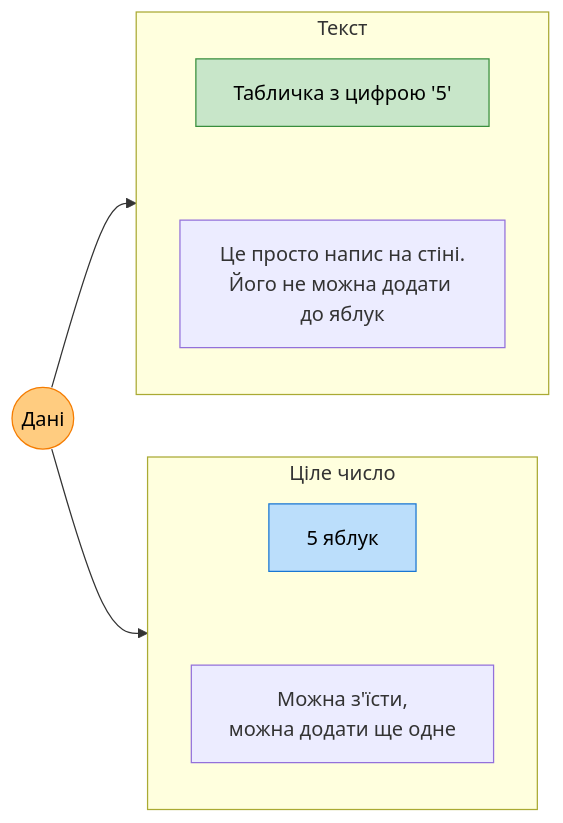
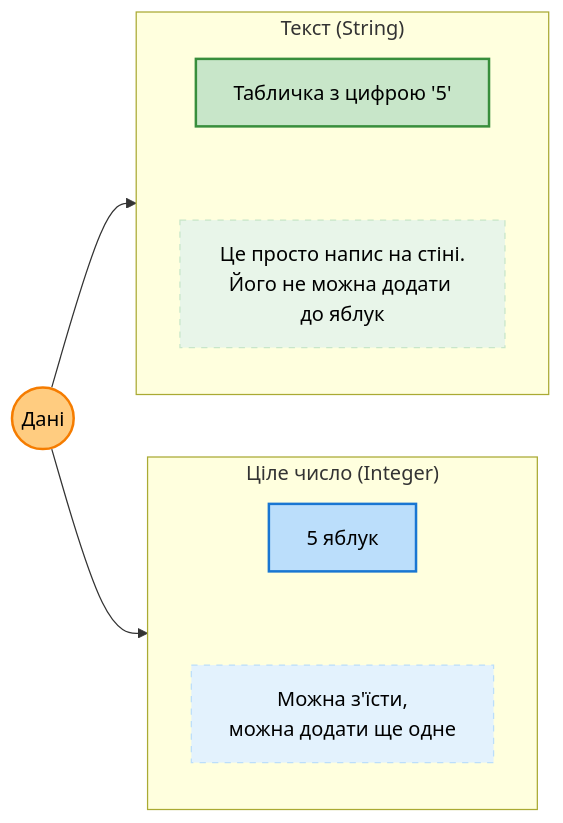
Before and after one commit to dmytroway/python3-code-inf: the fourth of 4 diagrams in content/Курс python/lesson1.md, drawn with Mermaid. The commit also changed other lines of this file, not shown here.

Commit message:
спроба нова

````diff
--- a/content/Курс python/lesson1.md
+++ b/content/Курс python/lesson1.md
@@ -214,28 +219,37 @@
 ```mermaid
 flowchart LR
     Data(("Дані"))
     
-    subgraph INT ["Ціле число"]
+    subgraph INT ["Ціле число (Integer)"]
         direction TB
         I["5 яблук"]
         DescI["Можна з'їсти,<br/>можна додати ще одне"]
     end
 
-    subgraph STR ["Текст"]
+    subgraph STR ["Текст (String)"]
         direction TB
         S["Табличка з цифрою '5'"]
         DescS["Це просто напис на стіні.<br/>Його не можна додати до яблук"]
     end
 
-    %% Зв'язки (ведемо до конкретних елементів для надійності)
+    %% Зв'язки
     Data --> I
     Data --> S
     
-    %% Можна зробити невидимі зв'язки всередині для красивого розташування
+    %% Невидимі зв'язки для розташування
     I ~~~ DescI
     S ~~~ DescS
 
-    style I fill:#bbdefb,stroke:#1976D2,color:black
-    style S fill:#c8e6c9,stroke:#388E3C,color:black
-    style Data fill:#ffcc80,stroke:#f57c00,color:black
+    %% --- СТИЛІЗАЦІЯ ---
+    
+    %% Головний вузол (Помаранчевий)
+    style Data fill:#ffcc80,stroke:#f57c00,color:black,stroke-width:2px
+
+    %% Блок чисел (Синій)
+    style I fill:#bbdefb,stroke:#1976D2,color:black,stroke-width:2px
+    style DescI fill:#e3f2fd,stroke:#bbdefb,color:black,stroke-dasharray: 5 5
+
+    %% Блок тексту (Зелений)
+    style S fill:#c8e6c9,stroke:#388E3C,color:black,stroke-width:2px
+    style DescS fill:#e8f5e9,stroke:#c8e6c9,color:black,stroke-dasharray: 5 5
 ```
````
